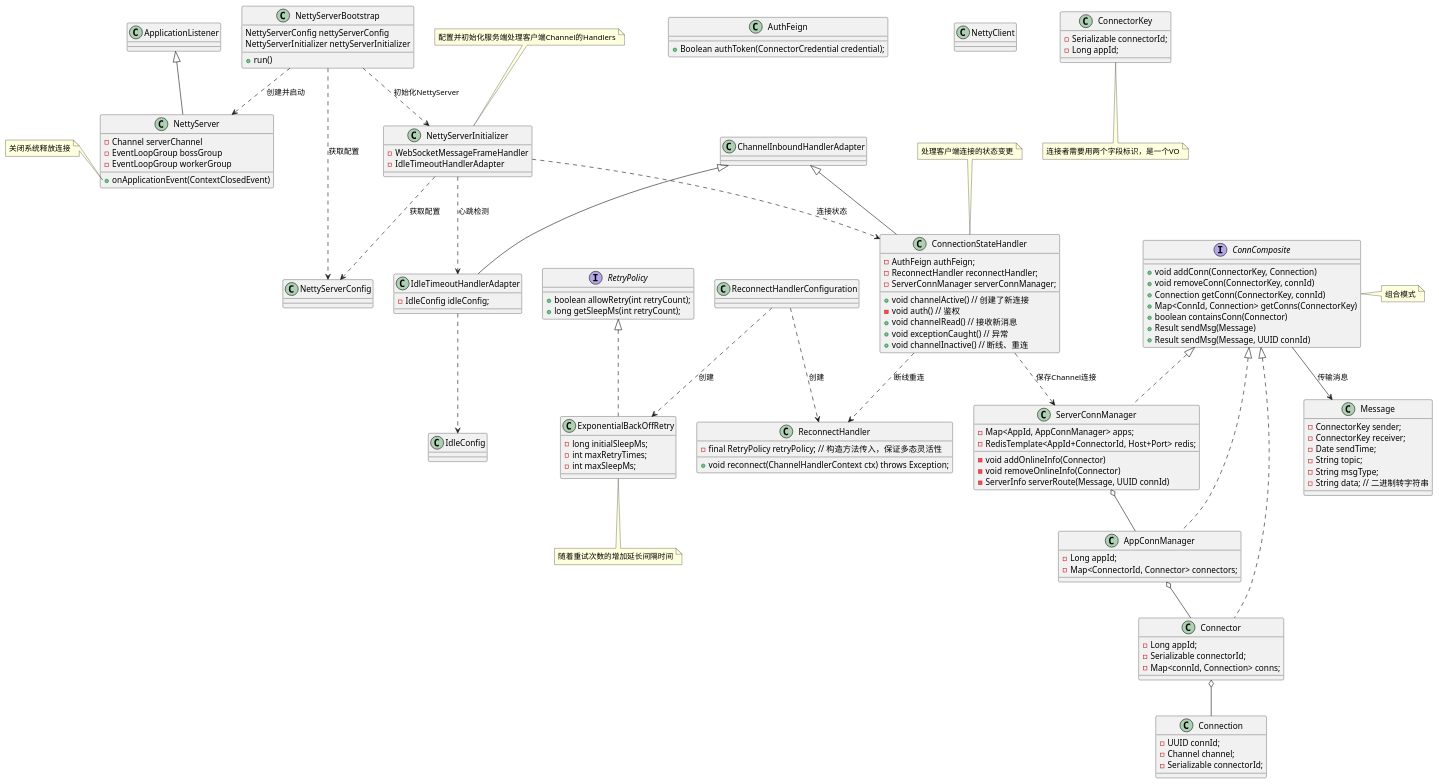
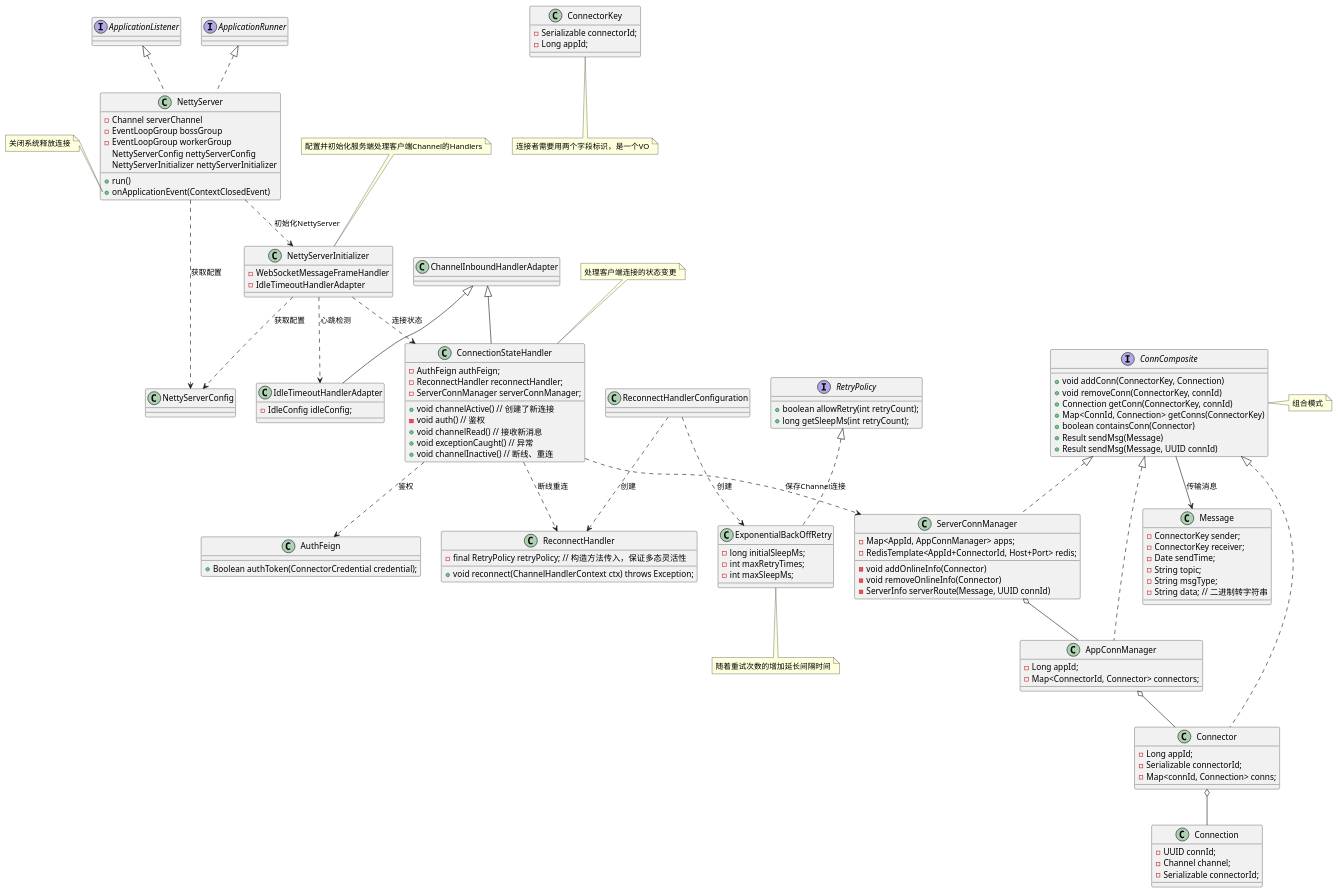
One commit to Etherealss/MessagePusher changed the diagram in uml/connect架构.puml. Above: the diagram before and after it, drawn with PlantUML. The commit also changed 15 other files, not shown here.

```diff
--- a/uml/connect架构.puml
+++ b/uml/connect架构.puml
@@ -1,153 +1,138 @@
 @startuml
 'https://plantuml.com/class-diagram
 
 class ChannelInboundHandlerAdapter
 class NettyServerConfig
-
-class NettyServerBootstrap {
+class NettyServer implements ApplicationListener, ApplicationRunner {
+    - Channel serverChannel
+    - EventLoopGroup bossGroup
+    - EventLoopGroup workerGroup
     NettyServerConfig nettyServerConfig
     NettyServerInitializer nettyServerInitializer
     + run()
+    + onApplicationEvent(ContextClosedEvent)
 }
+note left of NettyServer::onApplicationEvent
+关闭系统释放连接
+end note
 
 class NettyServerInitializer {
     - WebSocketMessageFrameHandler
     - IdleTimeoutHandlerAdapter
 }
 note top of NettyServerInitializer: 配置并初始化服务端处理客户端Channel的Handlers
 
 class IdleTimeoutHandlerAdapter extends ChannelInboundHandlerAdapter {
     - IdleConfig idleConfig;
 }
 
 NettyServerInitializer ..> IdleTimeoutHandlerAdapter : 心跳检测
-
-class IdleConfig {
-}
-
-IdleTimeoutHandlerAdapter ..> IdleConfig
 
 class ConnectionStateHandler extends ChannelInboundHandlerAdapter {
     - AuthFeign authFeign;
     - ReconnectHandler reconnectHandler;
     - ServerConnManager serverConnManager;
     + void channelActive() // 创建了新连接
     - void auth() // 鉴权
     + void channelRead() // 接收新消息
     + void exceptionCaught() // 异常
     + void channelInactive() // 断线、重连
 }
 
 class AuthFeign {
     + Boolean authToken(ConnectorCredential credential);
 }
+ConnectionStateHandler ..> AuthFeign: 鉴权
 
 note top of ConnectionStateHandler: 处理客户端连接的状态变更
 
 interface RetryPolicy {
     + boolean allowRetry(int retryCount);
     + long getSleepMs(int retryCount);
 }
 
 class ExponentialBackOffRetry implements RetryPolicy {
     - long initialSleepMs;
     - int maxRetryTimes;
     - int maxSleepMs;
 }
 note bottom of ExponentialBackOffRetry
 随着重试次数的增加延长间隔时间
 end note
 
 class ReconnectHandler {
     - final RetryPolicy retryPolicy; // 构造方法传入，保证多态灵活性
     + void reconnect(ChannelHandlerContext ctx) throws Exception;
 }
 
 class ReconnectHandlerConfiguration {
 
 }
 ReconnectHandlerConfiguration ..> ExponentialBackOffRetry: 创建
 ReconnectHandlerConfiguration ..> ReconnectHandler: 创建
 
 ConnectionStateHandler ..> ReconnectHandler: 断线重连
 
-NettyServerBootstrap ..> NettyServerInitializer : 初始化NettyServer
-NettyServerBootstrap ..> NettyServerConfig: 获取配置
+NettyServer ..> NettyServerInitializer : 初始化NettyServer
+NettyServer ..> NettyServerConfig: 获取配置
 NettyServerInitializer ..> NettyServerConfig: 获取配置
 NettyServerInitializer ..> ConnectionStateHandler: 连接状态
-
-class NettyServer extends ApplicationListener {
-    - Channel serverChannel
-    - EventLoopGroup bossGroup
-    - EventLoopGroup workerGroup
-    + onApplicationEvent(ContextClosedEvent)
-}
-
-note left of NettyServer::onApplicationEvent
-关闭系统释放连接
-end note
-
-NettyServerBootstrap ..> NettyServer : 创建并启动
-
-class NettyClient {
-
-}
 
 class Message {
     - ConnectorKey sender;
     - ConnectorKey receiver;
     - Date sendTime;
     - String topic;
     - String msgType;
     - String data; // 二进制转字符串
 }
 class ConnectorKey {
     - Serializable connectorId;
     - Long appId;
 }
 note bottom of ConnectorKey: 连接者需要用两个字段标识，是一个VO
 
 interface ConnComposite {
     + void addConn(ConnectorKey, Connection)
     + void removeConn(ConnectorKey, connId)
     + Connection getConn(ConnectorKey, connId)
     + Map<ConnId, Connection> getConns(ConnectorKey)
     + boolean containsConn(Connector)
     + Result sendMsg(Message)
     + Result sendMsg(Message, UUID connId)
 }
 note right of ConnComposite : 组合模式
 
 ConnComposite --> Message : 传输消息
 
 class ServerConnManager implements ConnComposite {
     - Map<AppId, AppConnManager> apps;
     - RedisTemplate<AppId+ConnectorId, Host+Port> redis;
     - void addOnlineInfo(Connector)
     - void removeOnlineInfo(Connector)
     - ServerInfo serverRoute(Message, UUID connId)
 }
 
 class AppConnManager implements ConnComposite {
     - Long appId;
     - Map<ConnectorId, Connector> connectors;
 }
 
 class Connector implements ConnComposite {
     - Long appId;
     - Serializable connectorId;
     - Map<connId, Connection> conns;
 }
 
 class Connection {
     - UUID connId;
     - Channel channel;
     - Serializable connectorId;
 }
 
 ConnectionStateHandler ..> ServerConnManager: 保存Channel连接
 ServerConnManager o-- AppConnManager
 AppConnManager o-- Connector
 Connector o-- Connection
 
 @enduml
```
